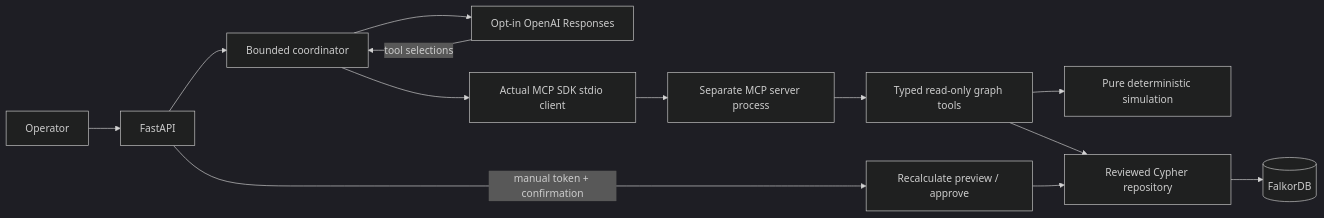
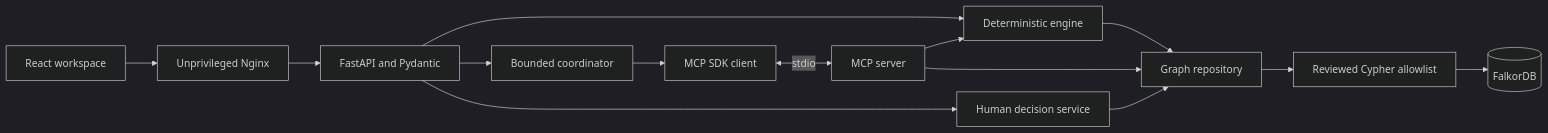
One commit to HIZMALI/rippleproof-ai changed the diagram in docs/ARCHITECTURE.md. Above: the diagram before and after it, drawn with Mermaid (dark theme). The commit also changed other lines of this file and 153 other files, not shown here.

````diff
--- a/docs/ARCHITECTURE.md
+++ b/docs/ARCHITECTURE.md
@@ -281,15 +9,16 @@
 ```mermaid
 flowchart LR
-    Operator --> API[FastAPI]
+    Browser[React workspace] --> Proxy[Unprivileged Nginx]
+    Proxy --> API[FastAPI and Pydantic]
+    API --> Simulation[Deterministic engine]
     API --> Coordinator[Bounded coordinator]
-    Coordinator --> Provider[Opt-in OpenAI Responses]
-    Provider -->|tool selections| Coordinator
-    Coordinator --> Client[Actual MCP SDK stdio client]
-    Client --> Server[Separate MCP server process]
-    Server --> Tools[Typed read-only graph tools]
-    Tools --> Engine[Pure deterministic simulation]
-    Tools --> Repo[Reviewed Cypher repository]
-    Repo --> DB[(FalkorDB)]
-    API -->|manual token + confirmation| Approvals[Recalculate preview / approve]
-    Approvals --> Repo
+    Coordinator --> Client[MCP SDK client]
+    Client <-->|stdio| Server[MCP server]
+    Server --> Simulation
+    Server --> Repository[Graph repository]
+    Simulation --> Repository
+    API --> Decision[Human decision service]
+    Decision --> Repository
+    Repository --> Templates[Reviewed Cypher allowlist]
+    Templates --> DB[(FalkorDB)]
 ```
````
